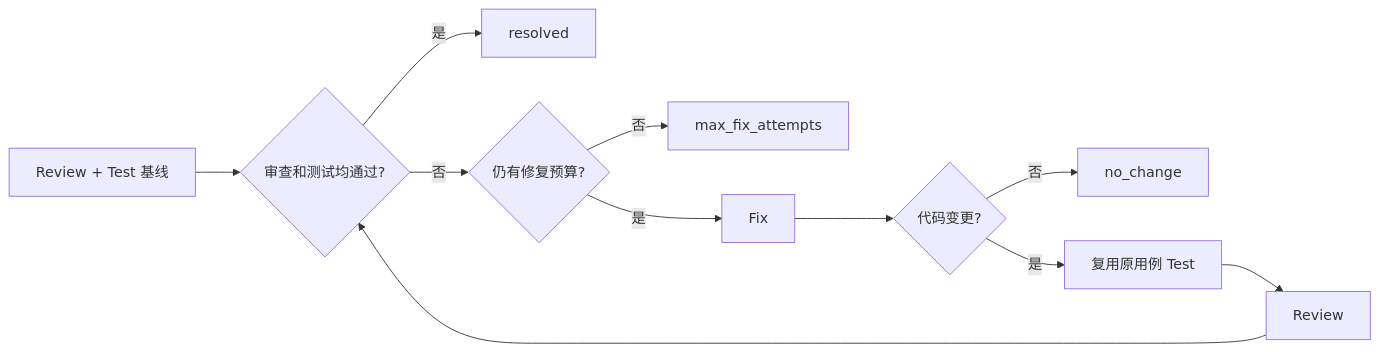
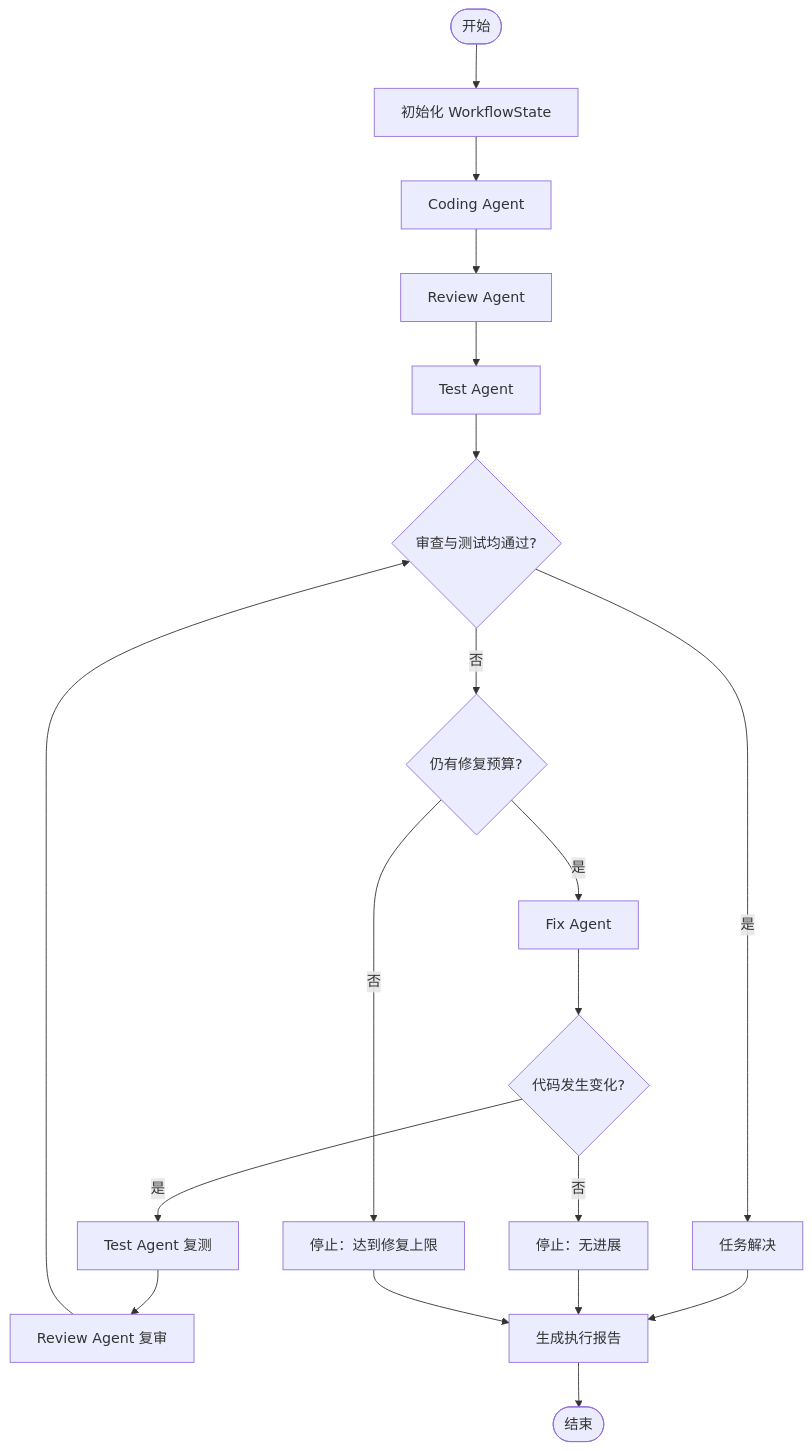
One commit to adogfm/intelligent-agent-workflow changed the second of 2 diagrams in Design.md. Above: the diagram before and after it, drawn with Mermaid. The commit also changed other lines of this file, not shown here.

````diff
--- a/Design.md
+++ b/Design.md
@@ -324,13 +160,23 @@
 ```mermaid
-flowchart LR
-    Baseline[Review + Test 基线] --> Decision{审查和测试均通过?}
-    Decision -->|是| Done[resolved]
-    Decision -->|否| Budget{仍有修复预算?}
-    Budget -->|否| Limit[max_fix_attempts]
-    Budget -->|是| Fix[Fix]
-    Fix --> Changed{代码变更?}
-    Changed -->|否| Stop[no_change]
-    Changed -->|是| Test[复用原用例 Test]
-    Test --> Review[Review]
-    Review --> Decision
+flowchart TD
+    Start([开始]) --> Init[初始化 WorkflowState]
+    Init --> Coding[Coding Agent]
+    Coding --> Review[Review Agent]
+    Review --> Test[Test Agent]
+    Test --> Check{审查与测试均通过?}
+
+    Check -->|是| Success[任务解决]
+    Check -->|否| Budget{仍有修复预算?}
+    Budget -->|是| Fix[Fix Agent]
+    Fix --> Changed{代码发生变化?}
+    Changed -->|是| Retest[Test Agent 复测]
+    Retest --> ReReview[Review Agent 复审]
+    ReReview --> Check
+    Changed -->|否| NoProgress[停止：无进展]
+    Budget -->|否| Limit[停止：达到修复上限]
+
+    Success --> Report[生成执行报告]
+    NoProgress --> Report
+    Limit --> Report
+    Report --> End([结束])
 ```
````
